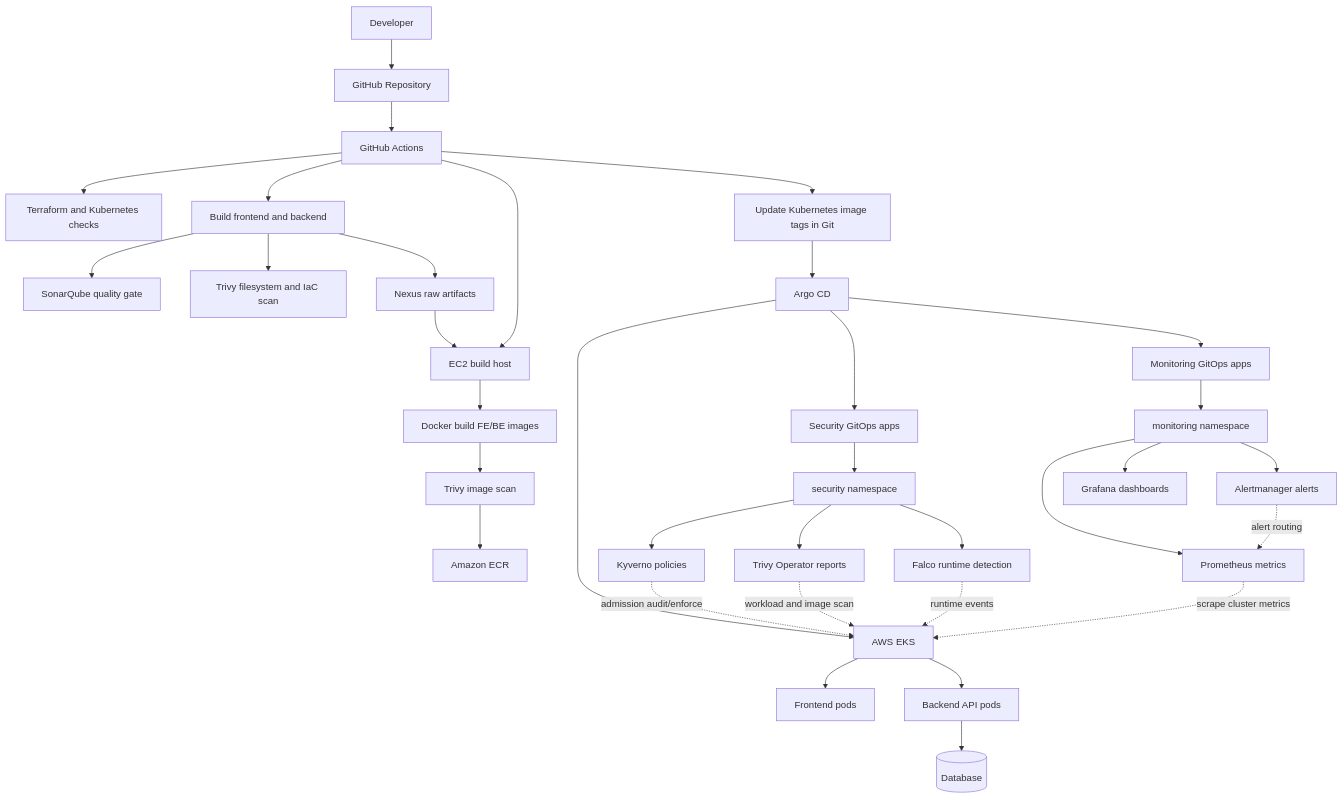
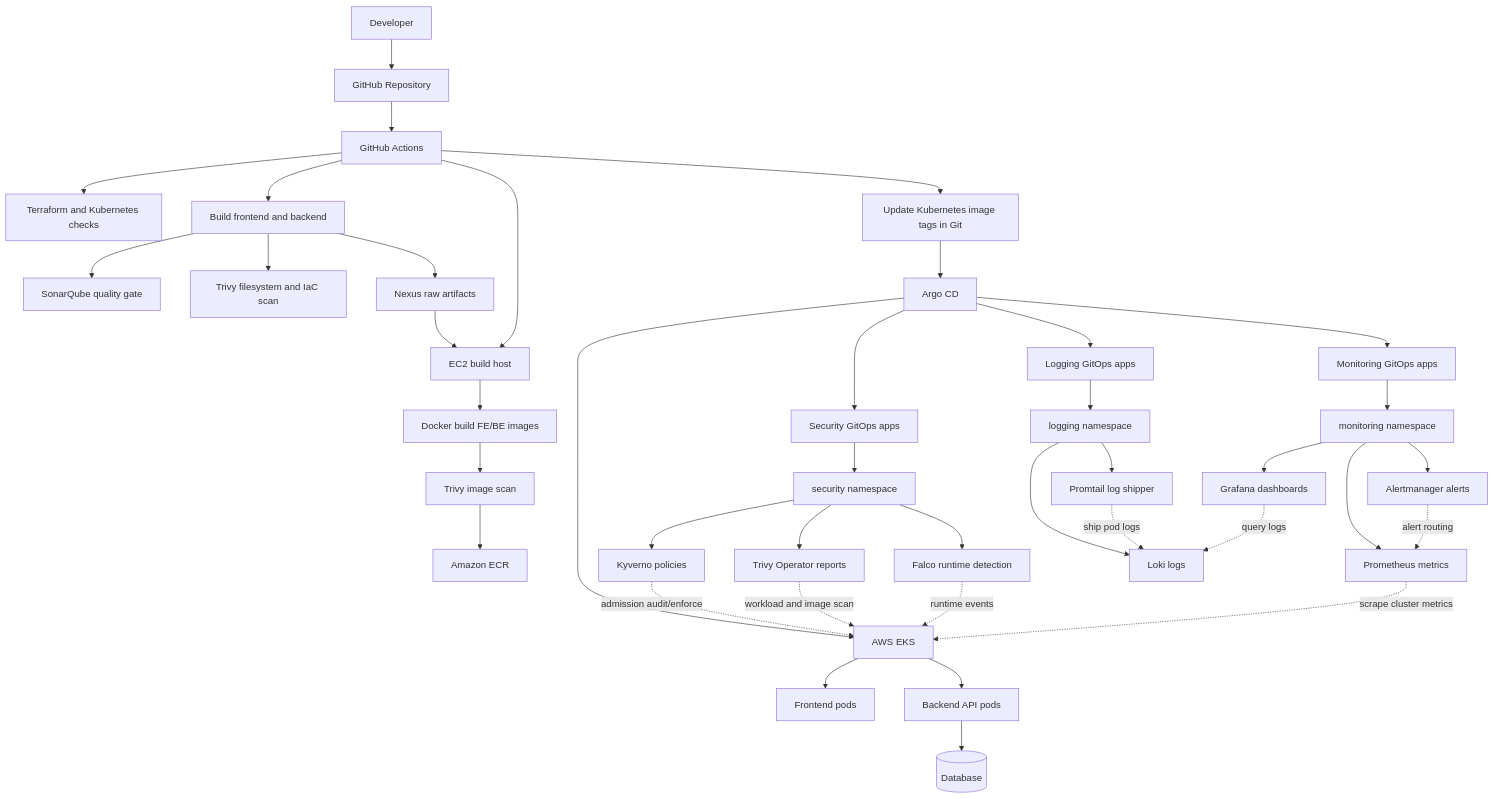
Before and after one commit to the-khiem7/eks-cicd-argocd-sec-monitor: the first of 3 diagrams in README.md, drawn with Mermaid. The commit also changed other lines of this file and 12 other files, not shown here.

````diff
--- a/README.md
+++ b/README.md
@@ -60,44 +61,50 @@
 ```mermaid
 flowchart TB
   dev[Developer] --> git[GitHub Repository]
   git --> gha[GitHub Actions]
 
   gha --> iac[Terraform and Kubernetes checks]
   gha --> build[Build frontend and backend]
   build --> sonar[SonarQube quality gate]
   build --> trivyfs[Trivy filesystem and IaC scan]
   build --> nexus[Nexus raw artifacts]
 
   nexus --> ec2[EC2 build host]
   gha --> ec2
   ec2 --> docker[Docker build FE/BE images]
   docker --> trivyimg[Trivy image scan]
   trivyimg --> ecr[Amazon ECR]
 
   gha --> manifest[Update Kubernetes image tags in Git]
   manifest --> argocd[Argo CD]
   argocd --> eks[AWS EKS]
 
   eks --> fe[Frontend pods]
   eks --> be[Backend API pods]
   be --> db[(Database)]
 
   argocd --> secapps[Security GitOps apps]
   secapps --> secns[security namespace]
   secns --> kyverno[Kyverno policies]
   secns --> trivyop[Trivy Operator reports]
   secns --> falco[Falco runtime detection]
 
   kyverno -. admission audit/enforce .-> eks
   trivyop -. workload and image scan .-> eks
   falco -. runtime events .-> eks
 
   argocd --> monapps[Monitoring GitOps apps]
   monapps --> monns[monitoring namespace]
   monns --> prometheus[Prometheus metrics]
   monns --> grafana[Grafana dashboards]
   monns --> alertmanager[Alertmanager alerts]
+  argocd --> logapps[Logging GitOps apps]
+  logapps --> logns[logging namespace]
+  logns --> loki[Loki logs]
+  logns --> promtail[Promtail log shipper]
 
   prometheus -. scrape cluster metrics .-> eks
+  promtail -. ship pod logs .-> loki
+  grafana -. query logs .-> loki
   alertmanager -. alert routing .-> prometheus
 ```
````
